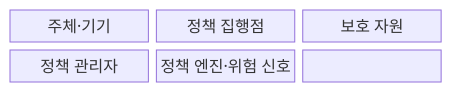
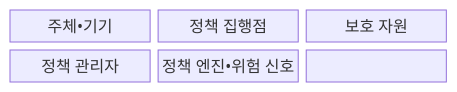
Before and after one commit to agnusdei1207/knowledge-base: the first of 2 diagrams in src/content/docs/notes/05-security/063_zero_trust.md, drawn with Mermaid. The commit also changed other lines of this file and 953 other files, not shown here.

````diff
--- a/src/content/docs/notes/05-security/063_zero_trust.md
+++ b/src/content/docs/notes/05-security/063_zero_trust.md
@@ -63,11 +63,11 @@
 ```mermaid
 block-beta
   columns 3
-  A["주체·기기"]
+  A["주체•기기"]
   B["정책 집행점"]
   C["보호 자원"]
   D["정책 관리자"]
-  E["정책 엔진·위험 신호"]
+  E["정책 엔진•위험 신호"]
   A --> B --> C
   E --> D --> B
 ```
````
